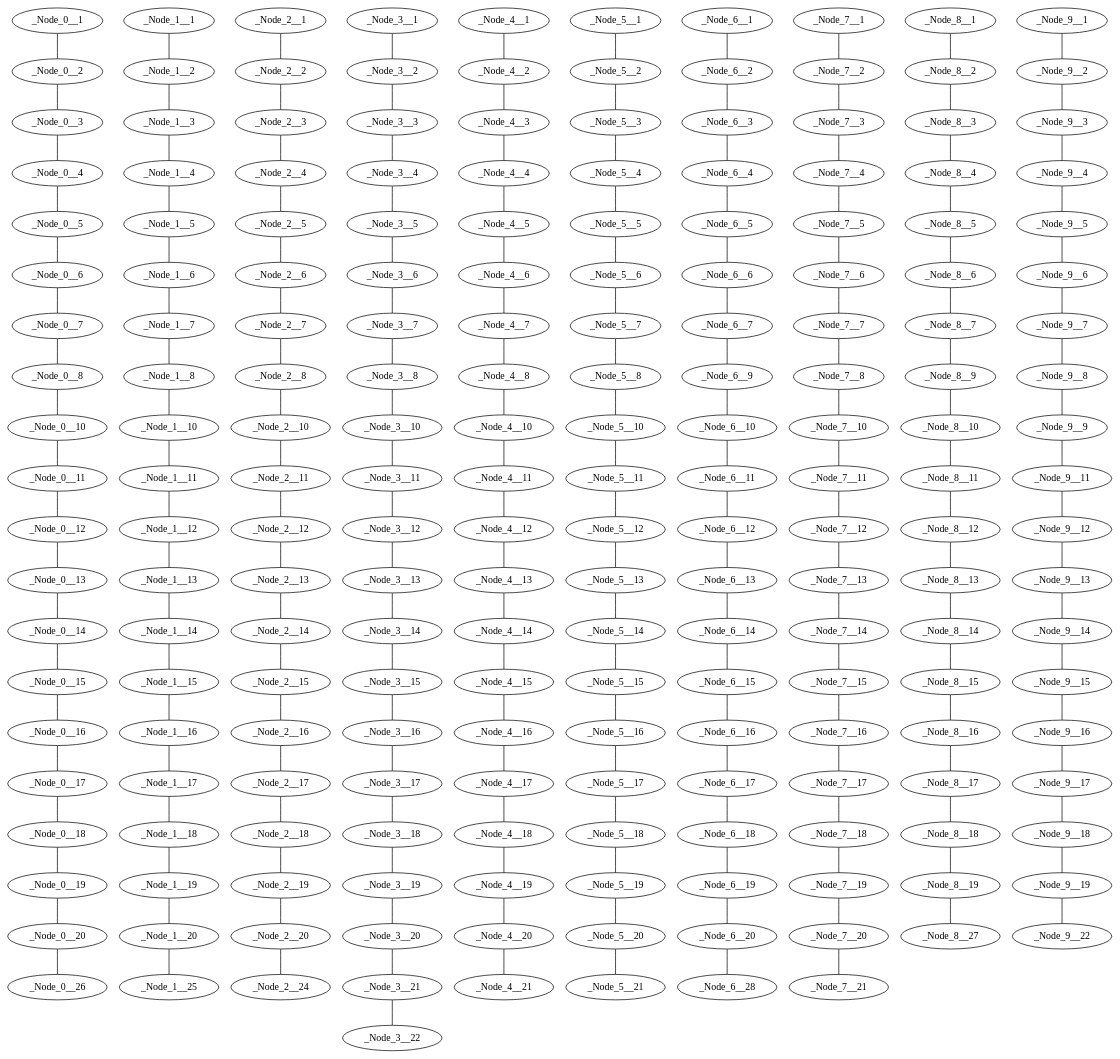
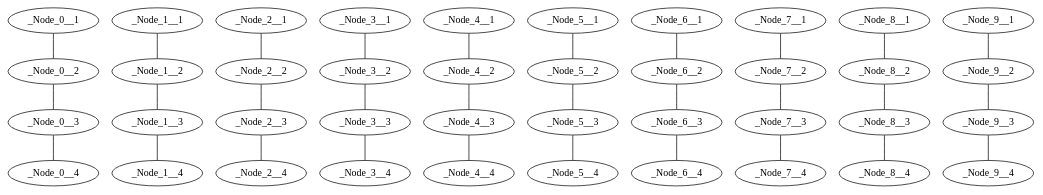
The diagram in doctest-output/longest-chain-table.gv (redkirti/P2P-Cryptocurrency-Network-Simulator), drawn with Graphviz before and after one commit. The commit also changed 7 other files, not shown here.

```diff
--- a/doctest-output/longest-chain-table.gv
+++ b/doctest-output/longest-chain-table.gv
@@ -7,38 +7,6 @@
 	_Node_0__2 -- _Node_0__3
 	_Node_0__4
 	_Node_0__3 -- _Node_0__4
-	_Node_0__5
-	_Node_0__4 -- _Node_0__5
-	_Node_0__6
-	_Node_0__5 -- _Node_0__6
-	_Node_0__7
-	_Node_0__6 -- _Node_0__7
-	_Node_0__8
-	_Node_0__7 -- _Node_0__8
-	_Node_0__10
-	_Node_0__8 -- _Node_0__10
-	_Node_0__11
-	_Node_0__10 -- _Node_0__11
-	_Node_0__12
-	_Node_0__11 -- _Node_0__12
-	_Node_0__13
-	_Node_0__12 -- _Node_0__13
-	_Node_0__14
-	_Node_0__13 -- _Node_0__14
-	_Node_0__15
-	_Node_0__14 -- _Node_0__15
-	_Node_0__16
-	_Node_0__15 -- _Node_0__16
-	_Node_0__17
-	_Node_0__16 -- _Node_0__17
-	_Node_0__18
-	_Node_0__17 -- _Node_0__18
-	_Node_0__19
-	_Node_0__18 -- _Node_0__19
-	_Node_0__20
-	_Node_0__19 -- _Node_0__20
-	_Node_0__26
-	_Node_0__20 -- _Node_0__26
 	_Node_1__1
 	_Node_1__2
 	_Node_1__1 -- _Node_1__2
@@ -46,38 +14,6 @@
 	_Node_1__2 -- _Node_1__3
 	_Node_1__4
 	_Node_1__3 -- _Node_1__4
-	_Node_1__5
-	_Node_1__4 -- _Node_1__5
-	_Node_1__6
-	_Node_1__5 -- _Node_1__6
-	_Node_1__7
-	_Node_1__6 -- _Node_1__7
-	_Node_1__8
-	_Node_1__7 -- _Node_1__8
-	_Node_1__10
-	_Node_1__8 -- _Node_1__10
-	_Node_1__11
-	_Node_1__10 -- _Node_1__11
-	_Node_1__12
-	_Node_1__11 -- _Node_1__12
-	_Node_1__13
-	_Node_1__12 -- _Node_1__13
-	_Node_1__14
-	_Node_1__13 -- _Node_1__14
-	_Node_1__15
-	_Node_1__14 -- _Node_1__15
-	_Node_1__16
-	_Node_1__15 -- _Node_1__16
-	_Node_1__17
-	_Node_1__16 -- _Node_1__17
-	_Node_1__18
-	_Node_1__17 -- _Node_1__18
-	_Node_1__19
-	_Node_1__18 -- _Node_1__19
-	_Node_1__20
-	_Node_1__19 -- _Node_1__20
-	_Node_1__25
-	_Node_1__20 -- _Node_1__25
 	_Node_2__1
 	_Node_2__2
 	_Node_2__1 -- _Node_2__2
@@ -85,38 +21,6 @@
 	_Node_2__2 -- _Node_2__3
 	_Node_2__4
 	_Node_2__3 -- _Node_2__4
-	_Node_2__5
-	_Node_2__4 -- _Node_2__5
-	_Node_2__6
-	_Node_2__5 -- _Node_2__6
-	_Node_2__7
-	_Node_2__6 -- _Node_2__7
-	_Node_2__8
-	_Node_2__7 -- _Node_2__8
-	_Node_2__10
-	_Node_2__8 -- _Node_2__10
-	_Node_2__11
-	_Node_2__10 -- _Node_2__11
-	_Node_2__12
-	_Node_2__11 -- _Node_2__12
-	_Node_2__13
-	_Node_2__12 -- _Node_2__13
-	_Node_2__14
-	_Node_2__13 -- _Node_2__14
-	_Node_2__15
-	_Node_2__14 -- _Node_2__15
-	_Node_2__16
-	_Node_2__15 -- _Node_2__16
-	_Node_2__17
-	_Node_2__16 -- _Node_2__17
-	_Node_2__18
-	_Node_2__17 -- _Node_2__18
-	_Node_2__19
-	_Node_2__18 -- _Node_2__19
-	_Node_2__20
-	_Node_2__19 -- _Node_2__20
-	_Node_2__24
-	_Node_2__20 -- _Node_2__24
 	_Node_3__1
 	_Node_3__2
 	_Node_3__1 -- _Node_3__2
@@ -124,40 +28,6 @@
 	_Node_3__2 -- _Node_3__3
 	_Node_3__4
 	_Node_3__3 -- _Node_3__4
-	_Node_3__5
-	_Node_3__4 -- _Node_3__5
-	_Node_3__6
-	_Node_3__5 -- _Node_3__6
-	_Node_3__7
-	_Node_3__6 -- _Node_3__7
-	_Node_3__8
-	_Node_3__7 -- _Node_3__8
-	_Node_3__10
-	_Node_3__8 -- _Node_3__10
-	_Node_3__11
-	_Node_3__10 -- _Node_3__11
-	_Node_3__12
-	_Node_3__11 -- _Node_3__12
-	_Node_3__13
-	_Node_3__12 -- _Node_3__13
-	_Node_3__14
-	_Node_3__13 -- _Node_3__14
-	_Node_3__15
-	_Node_3__14 -- _Node_3__15
-	_Node_3__16
-	_Node_3__15 -- _Node_3__16
-	_Node_3__17
-	_Node_3__16 -- _Node_3__17
-	_Node_3__18
-	_Node_3__17 -- _Node_3__18
-	_Node_3__19
-	_Node_3__18 -- _Node_3__19
-	_Node_3__20
-	_Node_3__19 -- _Node_3__20
-	_Node_3__21
-	_Node_3__20 -- _Node_3__21
-	_Node_3__22
-	_Node_3__21 -- _Node_3__22
 	_Node_4__1
 	_Node_4__2
 	_Node_4__1 -- _Node_4__2
@@ -165,38 +35,6 @@
 	_Node_4__2 -- _Node_4__3
 	_Node_4__4
 	_Node_4__3 -- _Node_4__4
-	_Node_4__5
-	_Node_4__4 -- _Node_4__5
-	_Node_4__6
-	_Node_4__5 -- _Node_4__6
-	_Node_4__7
-	_Node_4__6 -- _Node_4__7
-	_Node_4__8
-	_Node_4__7 -- _Node_4__8
-	_Node_4__10
-	_Node_4__8 -- _Node_4__10
-	_Node_4__11
-	_Node_4__10 -- _Node_4__11
-	_Node_4__12
-	_Node_4__11 -- _Node_4__12
-	_Node_4__13
-	_Node_4__12 -- _Node_4__13
-	_Node_4__14
-	_Node_4__13 -- _Node_4__14
-	_Node_4__15
-	_Node_4__14 -- _Node_4__15
-	_Node_4__16
-	_Node_4__15 -- _Node_4__16
-	_Node_4__17
-	_Node_4__16 -- _Node_4__17
-	_Node_4__18
-	_Node_4__17 -- _Node_4__18
-	_Node_4__19
-	_Node_4__18 -- _Node_4__19
-	_Node_4__20
-	_Node_4__19 -- _Node_4__20
-	_Node_4__21
-	_Node_4__20 -- _Node_4__21
 	_Node_5__1
 	_Node_5__2
 	_Node_5__1 -- _Node_5__2
@@ -204,38 +42,6 @@
 	_Node_5__2 -- _Node_5__3
 	_Node_5__4
 	_Node_5__3 -- _Node_5__4
-	_Node_5__5
-	_Node_5__4 -- _Node_5__5
-	_Node_5__6
-	_Node_5__5 -- _Node_5__6
-	_Node_5__7
-	_Node_5__6 -- _Node_5__7
-	_Node_5__8
-	_Node_5__7 -- _Node_5__8
-	_Node_5__10
-	_Node_5__8 -- _Node_5__10
-	_Node_5__11
-	_Node_5__10 -- _Node_5__11
-	_Node_5__12
-	_Node_5__11 -- _Node_5__12
-	_Node_5__13
-	_Node_5__12 -- _Node_5__13
-	_Node_5__14
-	_Node_5__13 -- _Node_5__14
-	_Node_5__15
-	_Node_5__14 -- _Node_5__15
-	_Node_5__16
-	_Node_5__15 -- _Node_5__16
-	_Node_5__17
-	_Node_5__16 -- _Node_5__17
-	_Node_5__18
-	_Node_5__17 -- _Node_5__18
-	_Node_5__19
-	_Node_5__18 -- _Node_5__19
-	_Node_5__20
-	_Node_5__19 -- _Node_5__20
-	_Node_5__21
-	_Node_5__20 -- _Node_5__21
 	_Node_6__1
 	_Node_6__2
 	_Node_6__1 -- _Node_6__2
@@ -243,38 +49,6 @@
 	_Node_6__2 -- _Node_6__3
 	_Node_6__4
 	_Node_6__3 -- _Node_6__4
-	_Node_6__5
-	_Node_6__4 -- _Node_6__5
-	_Node_6__6
-	_Node_6__5 -- _Node_6__6
-	_Node_6__7
-	_Node_6__6 -- _Node_6__7
-	_Node_6__9
-	_Node_6__7 -- _Node_6__9
-	_Node_6__10
-	_Node_6__9 -- _Node_6__10
-	_Node_6__11
-	_Node_6__10 -- _Node_6__11
-	_Node_6__12
-	_Node_6__11 -- _Node_6__12
-	_Node_6__13
-	_Node_6__12 -- _Node_6__13
-	_Node_6__14
-	_Node_6__13 -- _Node_6__14
-	_Node_6__15
-	_Node_6__14 -- _Node_6__15
-	_Node_6__16
-	_Node_6__15 -- _Node_6__16
-	_Node_6__17
-	_Node_6__16 -- _Node_6__17
-	_Node_6__18
-	_Node_6__17 -- _Node_6__18
-	_Node_6__19
-	_Node_6__18 -- _Node_6__19
-	_Node_6__20
-	_Node_6__19 -- _Node_6__20
-	_Node_6__28
-	_Node_6__20 -- _Node_6__28
 	_Node_7__1
 	_Node_7__2
 	_Node_7__1 -- _Node_7__2
@@ -282,38 +56,6 @@
 	_Node_7__2 -- _Node_7__3
 	_Node_7__4
 	_Node_7__3 -- _Node_7__4
-	_Node_7__5
-	_Node_7__4 -- _Node_7__5
-	_Node_7__6
-	_Node_7__5 -- _Node_7__6
-	_Node_7__7
-	_Node_7__6 -- _Node_7__7
-	_Node_7__8
-	_Node_7__7 -- _Node_7__8
-	_Node_7__10
-	_Node_7__8 -- _Node_7__10
-	_Node_7__11
-	_Node_7__10 -- _Node_7__11
-	_Node_7__12
-	_Node_7__11 -- _Node_7__12
-	_Node_7__13
-	_Node_7__12 -- _Node_7__13
-	_Node_7__14
-	_Node_7__13 -- _Node_7__14
-	_Node_7__15
-	_Node_7__14 -- _Node_7__15
-	_Node_7__16
-	_Node_7__15 -- _Node_7__16
-	_Node_7__17
-	_Node_7__16 -- _Node_7__17
-	_Node_7__18
-	_Node_7__17 -- _Node_7__18
-	_Node_7__19
-	_Node_7__18 -- _Node_7__19
-	_Node_7__20
-	_Node_7__19 -- _Node_7__20
-	_Node_7__21
-	_Node_7__20 -- _Node_7__21
 	_Node_8__1
 	_Node_8__2
 	_Node_8__1 -- _Node_8__2
@@ -321,36 +63,6 @@
 	_Node_8__2 -- _Node_8__3
 	_Node_8__4
 	_Node_8__3 -- _Node_8__4
-	_Node_8__5
-	_Node_8__4 -- _Node_8__5
-	_Node_8__6
-	_Node_8__5 -- _Node_8__6
-	_Node_8__7
-	_Node_8__6 -- _Node_8__7
-	_Node_8__9
-	_Node_8__7 -- _Node_8__9
-	_Node_8__10
-	_Node_8__9 -- _Node_8__10
-	_Node_8__11
-	_Node_8__10 -- _Node_8__11
-	_Node_8__12
-	_Node_8__11 -- _Node_8__12
-	_Node_8__13
-	_Node_8__12 -- _Node_8__13
-	_Node_8__14
-	_Node_8__13 -- _Node_8__14
-	_Node_8__15
-	_Node_8__14 -- _Node_8__15
-	_Node_8__16
-	_Node_8__15 -- _Node_8__16
-	_Node_8__17
-	_Node_8__16 -- _Node_8__17
-	_Node_8__18
-	_Node_8__17 -- _Node_8__18
-	_Node_8__19
-	_Node_8__18 -- _Node_8__19
-	_Node_8__27
-	_Node_8__19 -- _Node_8__27
 	_Node_9__1
 	_Node_9__2
 	_Node_9__1 -- _Node_9__2
@@ -358,34 +70,4 @@
 	_Node_9__2 -- _Node_9__3
 	_Node_9__4
 	_Node_9__3 -- _Node_9__4
-	_Node_9__5
-	_Node_9__4 -- _Node_9__5
-	_Node_9__6
-	_Node_9__5 -- _Node_9__6
-	_Node_9__7
-	_Node_9__6 -- _Node_9__7
-	_Node_9__8
-	_Node_9__7 -- _Node_9__8
-	_Node_9__9
-	_Node_9__8 -- _Node_9__9
-	_Node_9__11
-	_Node_9__9 -- _Node_9__11
-	_Node_9__12
-	_Node_9__11 -- _Node_9__12
-	_Node_9__13
-	_Node_9__12 -- _Node_9__13
-	_Node_9__14
-	_Node_9__13 -- _Node_9__14
-	_Node_9__15
-	_Node_9__14 -- _Node_9__15
-	_Node_9__16
-	_Node_9__15 -- _Node_9__16
-	_Node_9__17
-	_Node_9__16 -- _Node_9__17
-	_Node_9__18
-	_Node_9__17 -- _Node_9__18
-	_Node_9__19
-	_Node_9__18 -- _Node_9__19
-	_Node_9__22
-	_Node_9__19 -- _Node_9__22
 }
```
